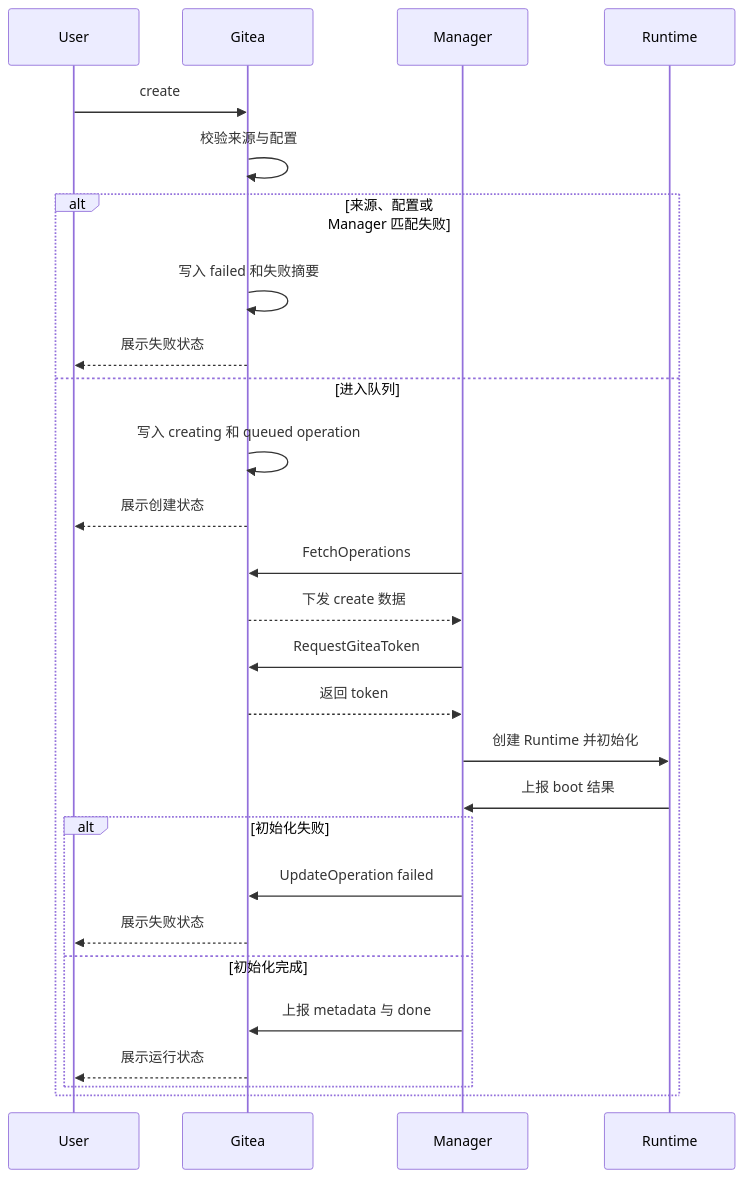
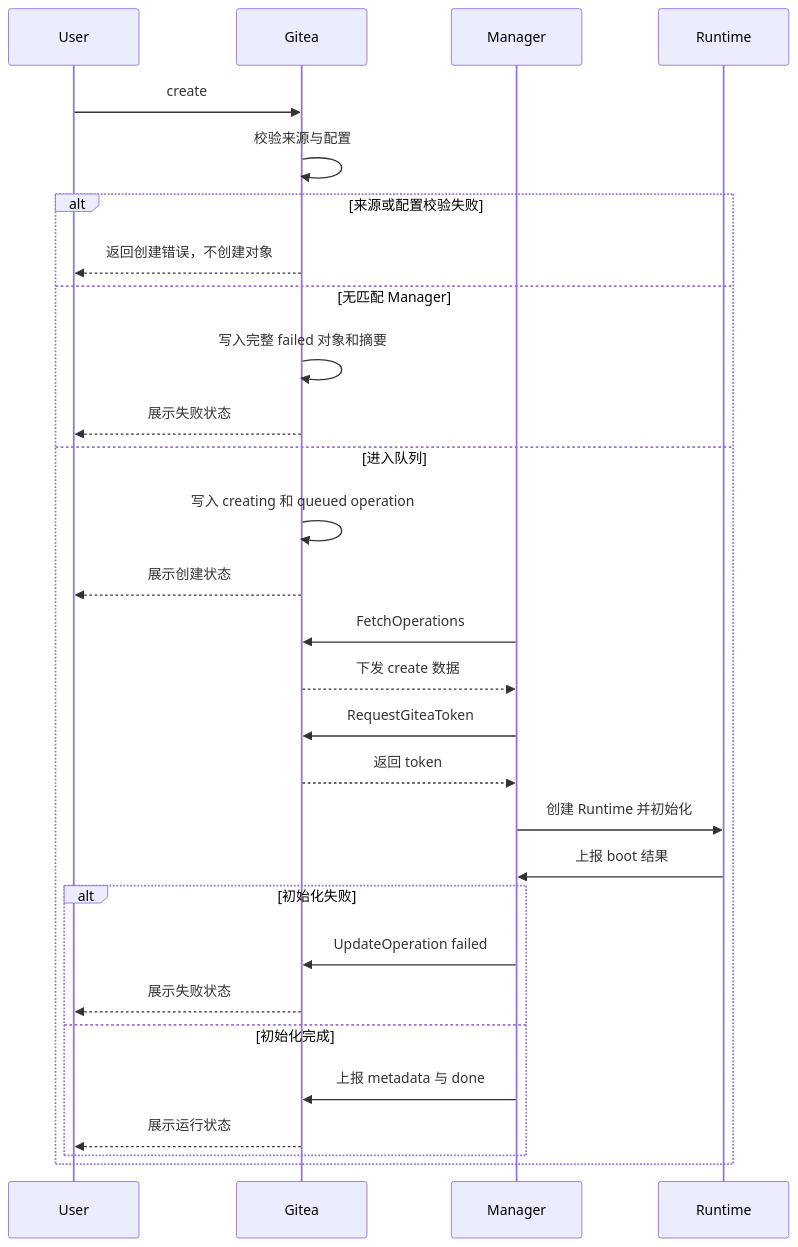
The diagram in src/lifecycle-flows.md (ExplodingDragon/gitea-dev), drawn with Mermaid before and after one commit. The commit also changed other lines of this file and 9 other files, not shown here.

````diff
--- a/src/lifecycle-flows.md
+++ b/src/lifecycle-flows.md
@@ -105,30 +106,32 @@
 ```mermaid
 sequenceDiagram
     participant U as User
     participant G as Gitea
     participant M as Manager
     participant R as Runtime
 
     U->>G: create
     G->>G: 校验来源与配置
-    alt 来源、配置或 Manager 匹配失败
-        G->>G: 写入 failed 和失败摘要
+    alt 来源或配置校验失败
+        G-->>U: 返回创建错误，不创建对象
+    else 无匹配 Manager
+        G->>G: 写入完整 failed 对象和摘要
         G-->>U: 展示失败状态
     else 进入队列
         G->>G: 写入 creating 和 queued operation
         G-->>U: 展示创建状态
         M->>G: FetchOperations
         G-->>M: 下发 create 数据
         M->>G: RequestGiteaToken
         G-->>M: 返回 token
         M->>R: 创建 Runtime 并初始化
         R->>M: 上报 boot 结果
         alt 初始化失败
             M->>G: UpdateOperation failed
             G-->>U: 展示失败状态
         else 初始化完成
             M->>G: 上报 metadata 与 done
             G-->>U: 展示运行状态
         end
     end
 ```
````
